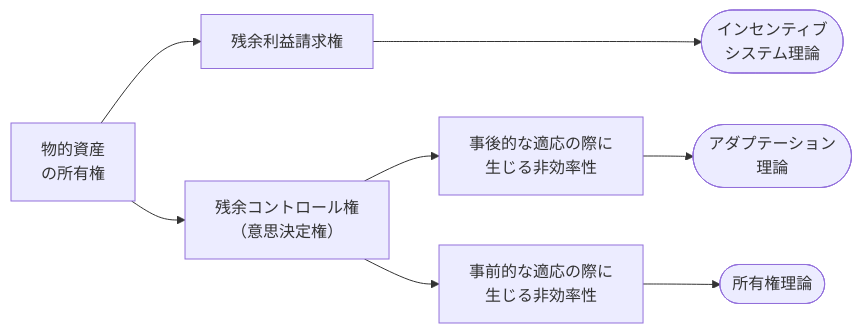
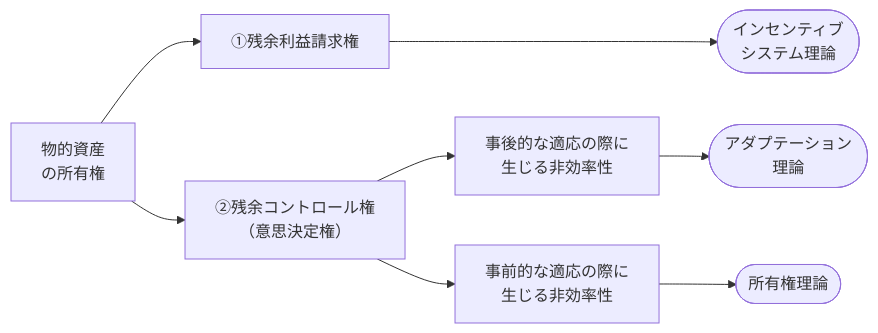
Before and after one commit to self-study-engineer/study-strategy: the second of 3 diagrams in 経済学/組織の経済学のフロンティアと日本企業組織/chap3_A.md, drawn with Mermaid. The commit also changed other lines of this file, not shown here.

````diff
--- a/経済学/組織の経済学のフロンティアと日本企業組織/chap3_A.md
+++ b/経済学/組織の経済学のフロンティアと日本企業組織/chap3_A.md
@@ -74,17 +73,17 @@
 ```mermaid
 graph LR
     A[物的資産<br>の所有権]
-    B[残余利益請求権]
-    C[残余コントロール権<br>（意思決定権）]
+    B[①残余利益請求権]
+    C[②残余コントロール権<br>（意思決定権）]
     D([インセンティブ<br>システム理論])
     E[事後的な適応の際に<br>生じる非効率性]
     F[事前的な適応の際に<br>生じる非効率性]
     G([アダプテーション<br>理論])
     H([所有権理論])
 
     A --> B & C
     B ---> D
     C --> E & F
     E --> G
     F --> H
 ```
````
